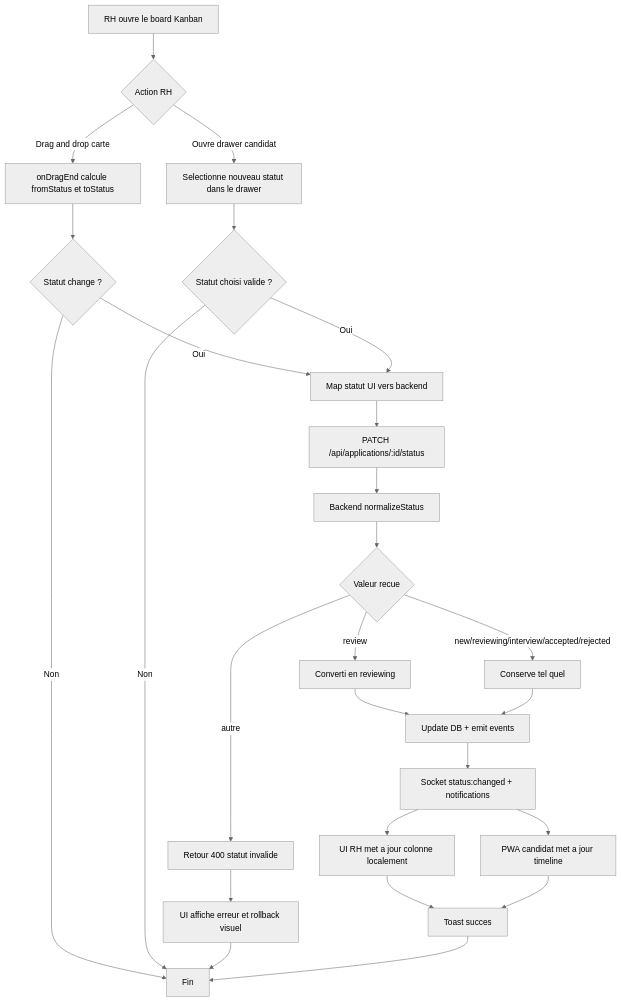
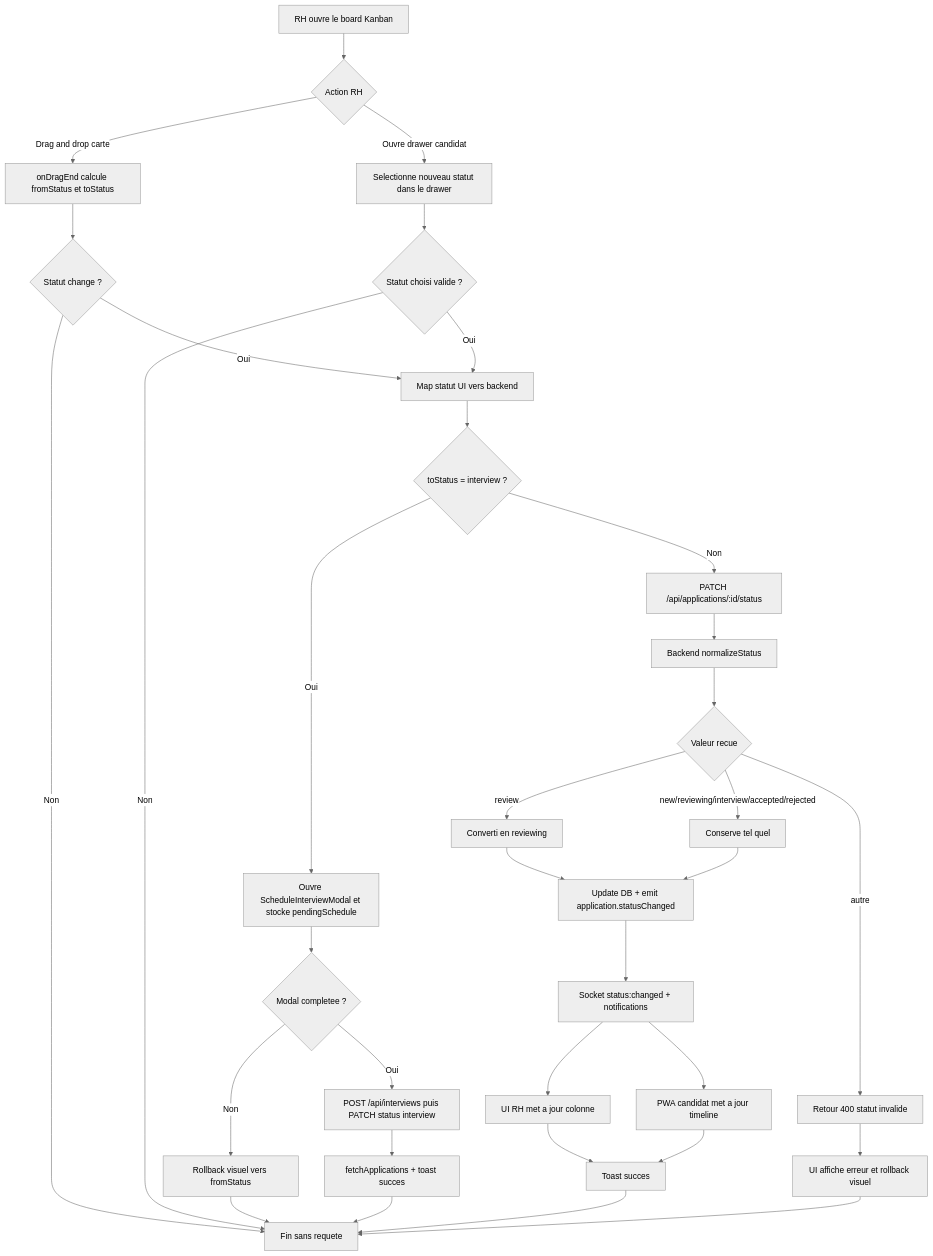
Before and after one commit to foudhilriahi/schulte: the diagram in diagramms/16_activity_kanban_status_update.md, drawn with Mermaid (neutral theme). The commit also changed 709 other files, not shown here.

````diff
--- a/diagramms/16_activity_kanban_status_update.md
+++ b/diagramms/16_activity_kanban_status_update.md
@@ -4,36 +4,46 @@
 ```mermaid
 flowchart TD
     A[RH ouvre le board Kanban] --> B{Action RH}
 
     B -->|Drag and drop carte| C[onDragEnd calcule fromStatus et toStatus]
     B -->|Ouvre drawer candidat| D[Selectionne nouveau statut dans le drawer]
 
     C --> E{Statut change ?}
     E -->|Non| Z[Fin sans requete]
     E -->|Oui| F[Map statut UI vers backend]
 
     D --> G{Statut choisi valide ?}
     G -->|Non| Z
     G -->|Oui| F
 
-    F --> H[PATCH /api/applications/:id/status]
-    H --> I[Backend normalizeStatus]
-    I --> J{Valeur recue}
+    F --> H{toStatus = interview ?}
 
-    J -->|review| K[Converti en reviewing]
-    J -->|new/reviewing/interview/accepted/rejected| L[Conserve tel quel]
-    J -->|autre| M[Retour 400 statut invalide]
+    H -->|Oui| I[Ouvre ScheduleInterviewModal et stocke pendingSchedule]
+    I --> J{Modal completee ?}
+    J -->|Non| K[Rollback visuel vers fromStatus]
+    K --> Z
+    J -->|Oui| L[POST /api/interviews puis PATCH status interview]
+    L --> M[fetchApplications + toast succes]
+    M --> Z
 
-    K --> N[Update DB + emit events]
-    L --> N
+    H -->|Non| N[PATCH /api/applications/:id/status]
+    N --> O[Backend normalizeStatus]
+    O --> P{Valeur recue}
 
-    N --> O[Socket status:changed + notifications]
-    O --> P[UI RH met a jour colonne localement]
-    O --> Q[PWA candidat met a jour timeline]
-    P --> R[Toast succes]
-    Q --> R
+    P -->|review| Q[Converti en reviewing]
+    P -->|new/reviewing/interview/accepted/rejected| R[Conserve tel quel]
+    P -->|autre| S[Retour 400 statut invalide]
 
-    M --> S[UI affiche erreur et rollback visuel]
-    S --> Z
-    R --> Z[Fin]
+    Q --> T[Update DB + emit application.statusChanged]
+    R --> T
+
+    T --> U[Socket status:changed + notifications]
+    U --> V[UI RH met a jour colonne]
+    U --> W[PWA candidat met a jour timeline]
+    V --> X[Toast succes]
+    W --> X
+    X --> Z
+
+    S --> Y[UI affiche erreur et rollback visuel]
+    Y --> Z
 ```
````
